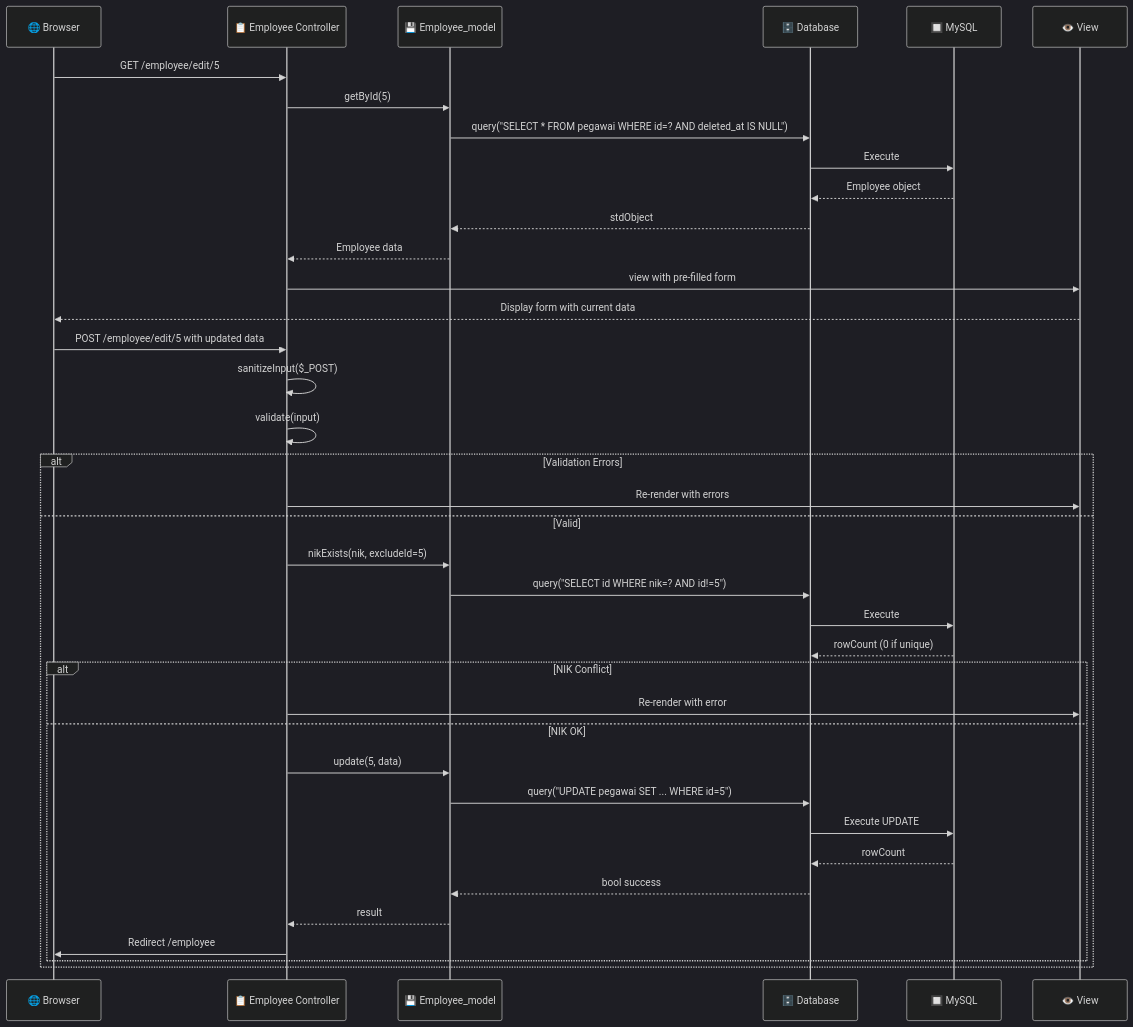
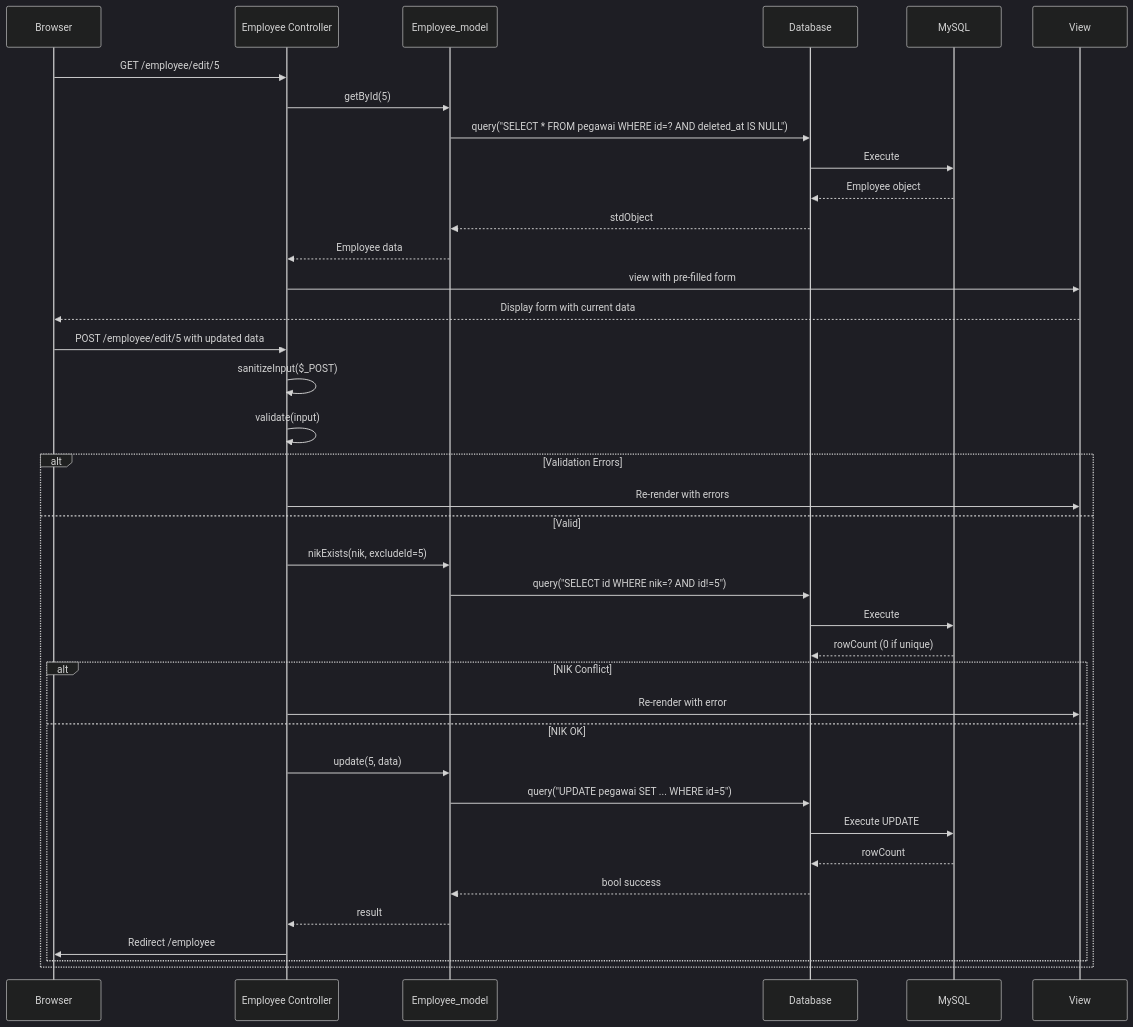
One commit to zuudevs/Implementasi-MVC-pada-Aplikasi-Manajemen-Kepegawaian changed the eighth of 9 diagrams in docs/ARCHITECTURE.md. Above: the diagram before and after it, drawn with Mermaid (dark theme). The commit also changed other lines of this file, not shown here.

````diff
--- a/docs/ARCHITECTURE.md
+++ b/docs/ARCHITECTURE.md
@@ -392,46 +402,46 @@
 ```mermaid
 sequenceDiagram
-    participant Browser as 🌐 Browser
-    participant Controller as 📋 Employee Controller
-    participant Model as 💾 Employee_model
-    participant DB as 🗄️ Database
-    participant MySQL as 🔲 MySQL
-    participant View as 👁️ View
+    participant Browser as Browser
+    participant Controller as Employee Controller
+    participant Model as Employee_model
+    participant DB as Database
+    participant MySQL as MySQL
+    participant View as View
 
     Browser->>Controller: GET /employee/edit/5
     Controller->>Model: getById(5)
     Model->>DB: query("SELECT * FROM pegawai WHERE id=? AND deleted_at IS NULL")
     DB->>MySQL: Execute
     MySQL-->>DB: Employee object
     DB-->>Model: stdObject
     Model-->>Controller: Employee data
 
     Controller->>View: view with pre-filled form
     View-->>Browser: Display form with current data
 
     Browser->>Controller: POST /employee/edit/5 with updated data
     Controller->>Controller: sanitizeInput($_POST)
     Controller->>Controller: validate(input)
 
     alt Validation Errors
         Controller->>View: Re-render with errors
     else Valid
         Controller->>Model: nikExists(nik, excludeId=5)
         Model->>DB: query("SELECT id WHERE nik=? AND id!=5")
         DB->>MySQL: Execute
         MySQL-->>DB: rowCount (0 if unique)
 
         alt NIK Conflict
             Controller->>View: Re-render with error
         else NIK OK
             Controller->>Model: update(5, data)
             Model->>DB: query("UPDATE pegawai SET ... WHERE id=5")
             DB->>MySQL: Execute UPDATE
             MySQL-->>DB: rowCount
             DB-->>Model: bool success
             Model-->>Controller: result
 
             Controller->>Browser: Redirect /employee
         end
     end
 ```
````
